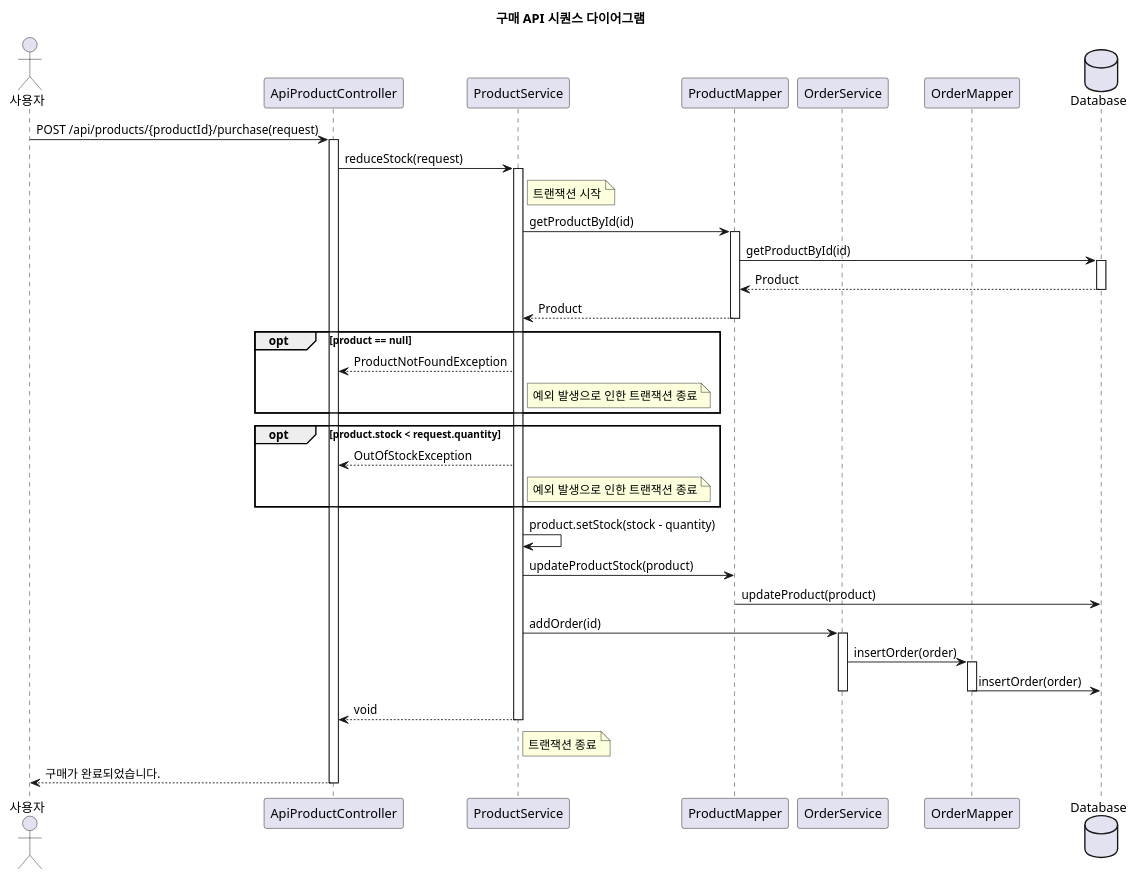
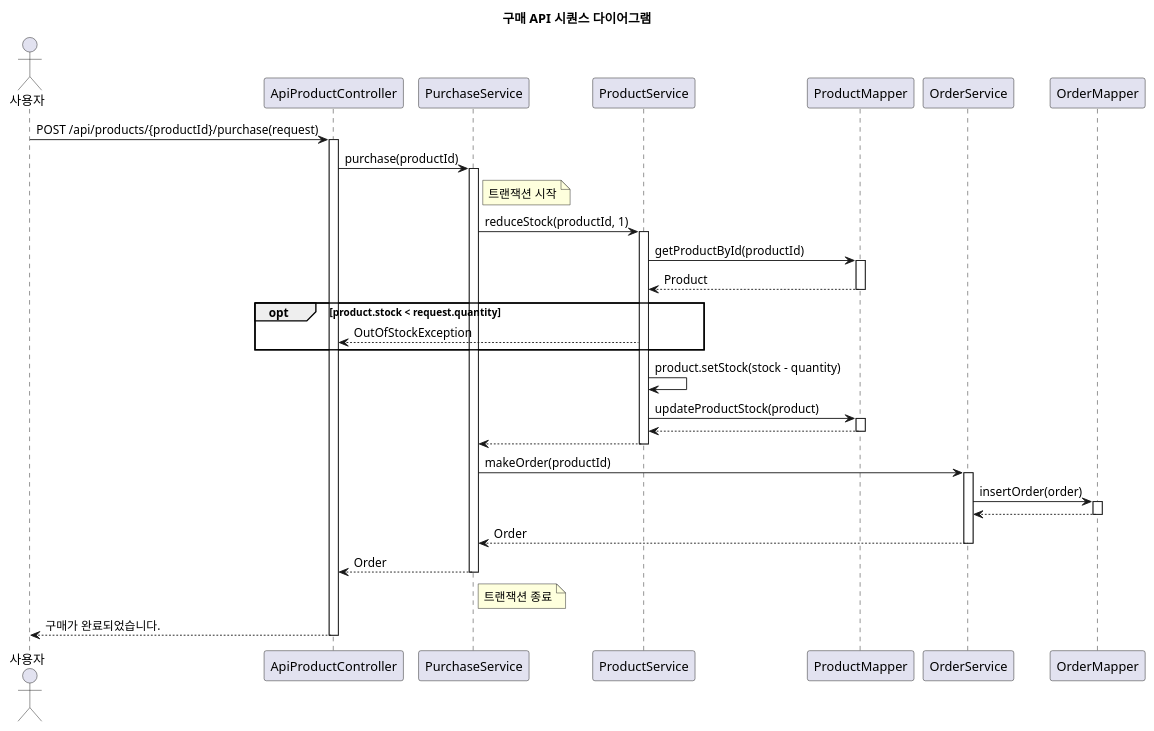
Before and after one commit to siljae/shoppingmall: the diagram in docs/diagrams/Order.puml, drawn with PlantUML. The commit also changed 16 other files, not shown here.

```diff
--- a/docs/diagrams/Order.puml
+++ b/docs/diagrams/Order.puml
@@ -1,55 +1,57 @@
 @startuml
 title 구매 API 시퀀스 다이어그램
 
 actor 사용자 as User
 participant "ApiProductController" as Controller
+participant "PurchaseService" as PurchaseService
 participant "ProductService" as ProductService
 participant "ProductMapper" as ProductMapper
 participant "OrderService" as OrderService
 participant "OrderMapper" as OrderMapper
-database "Database" as DB
 
 
 User -> Controller : POST /api/products/{productId}/purchase(request)
 activate Controller
 
-Controller -> ProductService : reduceStock(request)
+Controller -> PurchaseService : purchase(productId)
+note right of PurchaseService : 트랜잭션 시작
+activate PurchaseService
+
+PurchaseService -> ProductService : reduceStock(productId, 1)
 activate ProductService
 
-note right of ProductService : 트랜잭션 시작
-    ProductService -> ProductMapper : getProductById(id)
-    activate ProductMapper
-        ProductMapper -> DB : getProductById(id)
-        activate DB
-        DB --> ProductMapper : Product
-        deactivate DB
-    ProductMapper --> ProductService : Product
-    deactivate ProductMapper
+ProductService -> ProductMapper : getProductById(productId)
+activate ProductMapper
+ProductMapper --> ProductService : Product
+deactivate ProductMapper
 
-    opt product == null
-    ProductService --> Controller : ProductNotFoundException
-    note right of ProductService : 예외 발생으로 인한 트랜잭션 종료
-    end
-    opt product.stock < request.quantity
-    ProductService --> Controller : OutOfStockException
-    note right of ProductService : 예외 발생으로 인한 트랜잭션 종료
-    end
+opt product.stock < request.quantity
+ProductService --> Controller : OutOfStockException
+end
 
-    ProductService -> ProductService : product.setStock(stock - quantity)
-    ProductService -> ProductMapper : updateProductStock(product)
-    ProductMapper -> DB : updateProduct(product)
-    ProductService -> OrderService : addOrder(id)
-    activate OrderService
-    OrderService -> OrderMapper : insertOrder(order)
-    activate OrderMapper
-    OrderMapper -> DB : insertOrder(order)
-    deactivate OrderMapper
-    deactivate OrderService
-    ProductService --> Controller : void
-    deactivate ProductService
-    note right of ProductService : 트랜잭션 종료
+ProductService -> ProductService : product.setStock(stock - quantity)
+ProductService -> ProductMapper : updateProductStock(product)
+activate ProductMapper
+ProductMapper --> ProductService :
+deactivate ProductMapper
+
+ProductService --> PurchaseService
+deactivate ProductService
+
+PurchaseService -> OrderService : makeOrder(productId)
+activate OrderService
+OrderService -> OrderMapper : insertOrder(order)
+activate OrderMapper
+OrderMapper --> OrderService
+deactivate OrderMapper
+OrderService --> PurchaseService : Order
+deactivate OrderService
+
+PurchaseService --> Controller : Order
+deactivate PurchaseService
+note right of PurchaseService : 트랜잭션 종료
 
 Controller --> User : 구매가 완료되었습니다.
 deactivate Controller
 
 @enduml
```
